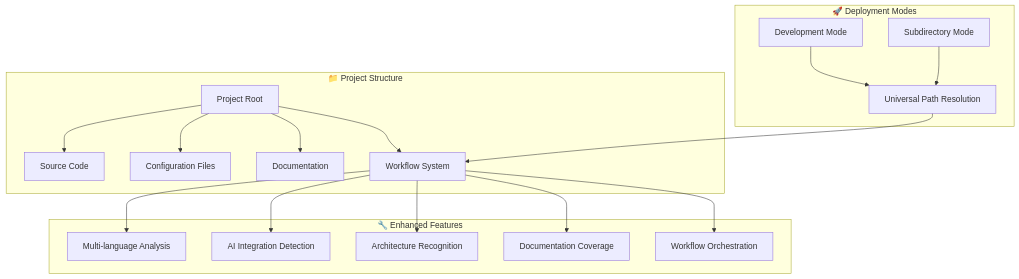
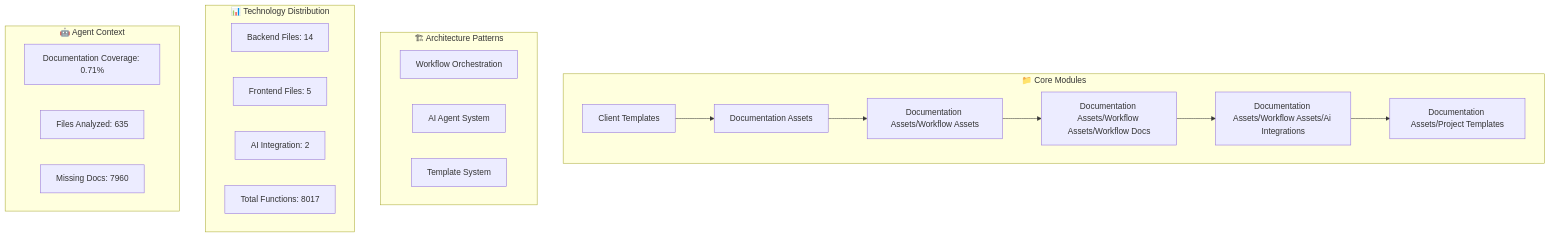
One commit to Spitfire-Products/Arkival-V4 changed the first of 3 diagrams in ARCHITECTURE_DIAGRAM.md. Above: the diagram before and after it, drawn with Mermaid. The commit also changed other lines of this file and 29 other files, not shown here.

````diff
--- a/ARCHITECTURE_DIAGRAM.md
+++ b/ARCHITECTURE_DIAGRAM.md
@@ -9,39 +7,36 @@
 ```mermaid
 graph TB
-    subgraph "📁 Project Structure"
-        A[Project Root]
-        B[Source Code]
-        C[Configuration Files]
-        D[Documentation]
-        E[Workflow System]
-        
-        A --> B
-        A --> C
-        A --> D
-        A --> E
+    subgraph "📁 Core Modules"
+        M0[Client Templates]
+        M1[Documentation Assets]
+        M2[Documentation Assets/Workflow Assets]
+        M3[Documentation Assets/Workflow Assets/Workflow Docs]
+        M4[Documentation Assets/Workflow Assets/Ai Integrations]
+        M5[Documentation Assets/Project Templates]
+
+        M0 --> M1
+        M1 --> M2
+        M2 --> M3
+        M3 --> M4
+        M4 --> M5
     end
 
-    subgraph "🚀 Deployment Modes"
-        MODE1[Development Mode]
-        MODE2[Subdirectory Mode]
-        PATH[Universal Path Resolution]
-        
-        MODE1 --> PATH
-        MODE2 --> PATH
+    subgraph "🏗 Architecture Patterns"
+        P0[Workflow Orchestration]
+        P1[AI Agent System]
+        P2[Template System]
     end
 
-    subgraph "🔧 Enhanced Features"
-        F[Multi-language Analysis]
-        G[AI Integration Detection] 
-        H[Architecture Recognition]
-        I[Documentation Coverage]
-        J[Workflow Orchestration]
+    subgraph "📊 Technology Distribution"
+        T1[Backend Files: 14]
+        T2[Frontend Files: 5]
+        T3[AI Integration: 2]
+        T4[Total Functions: 8017]
     end
 
-    E --> F
-    E --> G
-    E --> H
-    E --> I
-    E --> J
-    PATH --> E
+    subgraph "🤖 Agent Context"
+        A1[Documentation Coverage: 0.71%]
+        A2[Files Analyzed: 635]
+        A3[Missing Docs: 7960]
+    end
 ```
````
